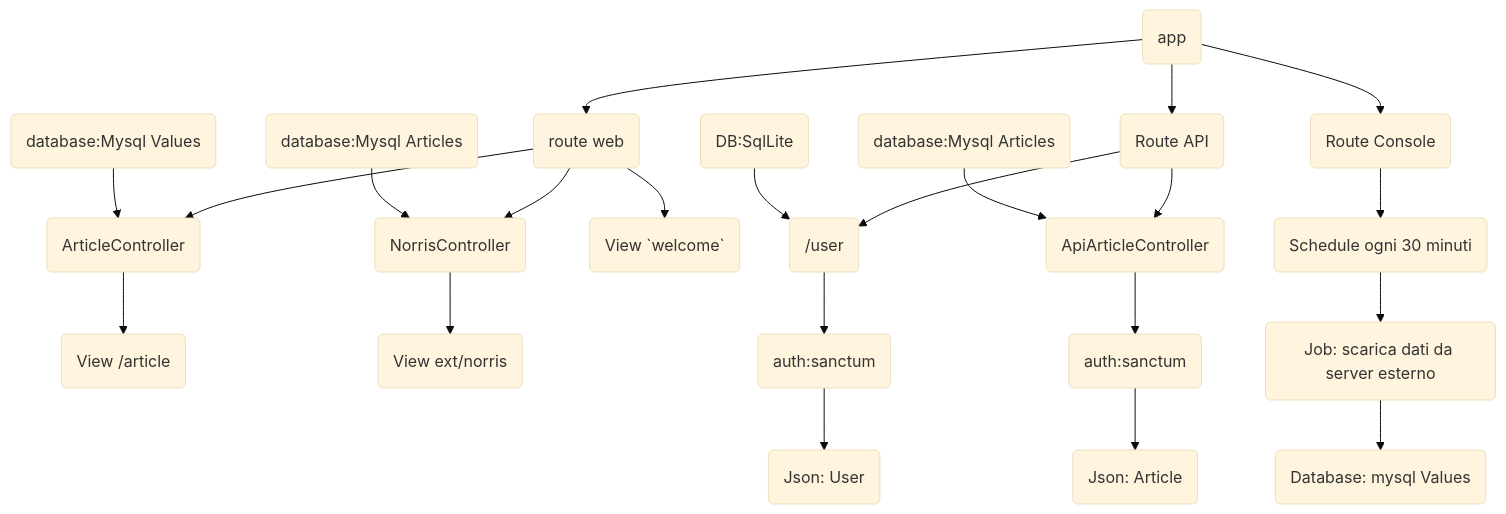
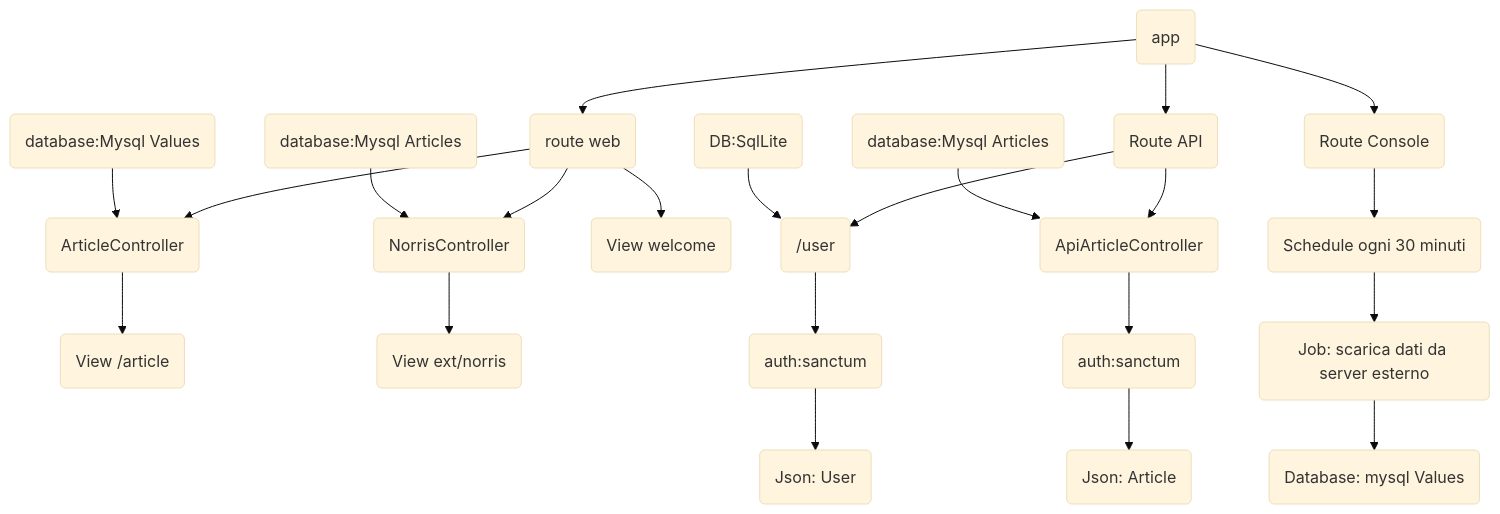
Before and after one commit to ManueldG2/Laravel-MultiDB: the diagram in README.md, drawn with Mermaid (base theme).

````diff
--- a/README.md
+++ b/README.md
@@ -122,17 +122,17 @@
 ```mermaid
 graph TD
 A(app) --> B(route web)--> C(ArticleController)-->D(View /article)
 HA(database:Mysql Values)-->C
 B-->CA(NorrisController)-->DA(View ext/norris)
 HB(database:Mysql Articles)-->CA
 
-B-->DB(View `welcome`)
+B-->DB(View welcome)
 
 A-->BA(Route API)-->CB(/user)-->E(auth:sanctum)-->F(Json: User)
 HD(DB:SqlLite)-->CB
 BA-->CC(ApiArticleController)-->EA(auth:sanctum)-->FA(Json: Article)
 HE(database:Mysql Articles)-->CC
 
 A-->BC(Route Console)-->CD(Schedule ogni 30 minuti)-->EB(Job: scarica dati da server esterno )-->HC(Database: mysql Values)
 
 ```
````
